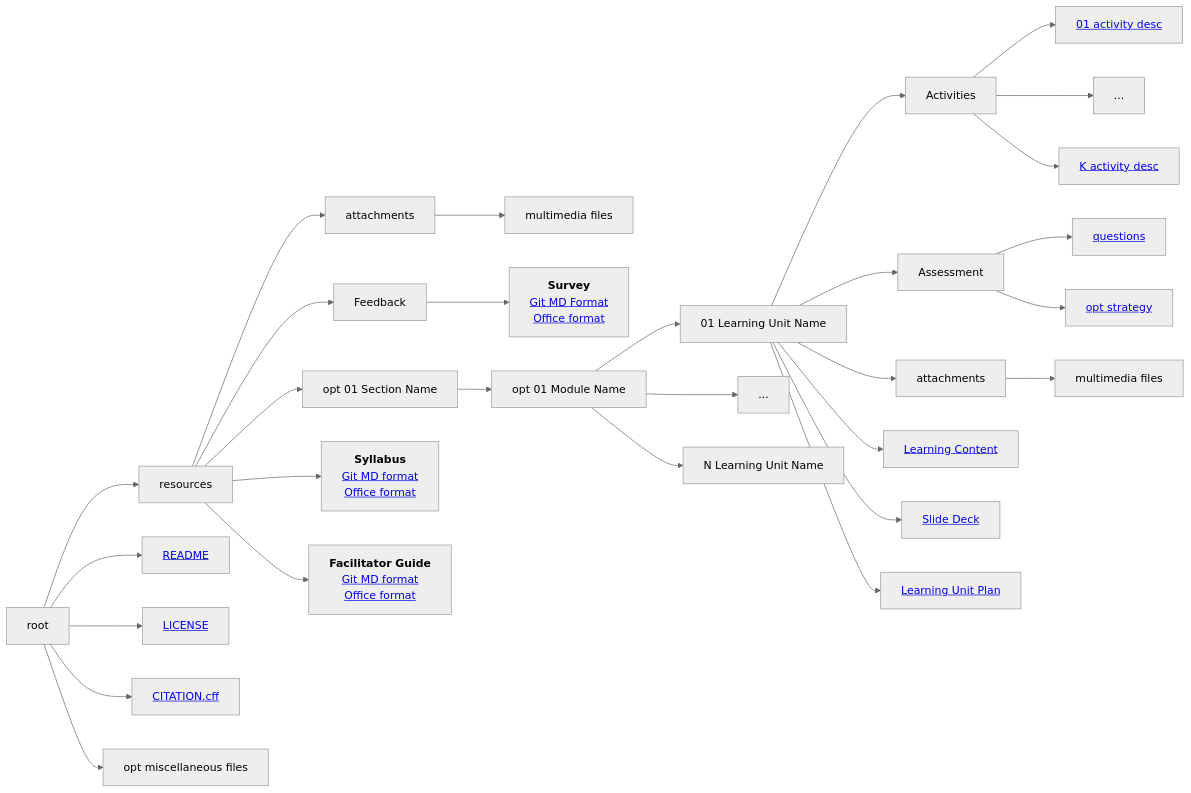
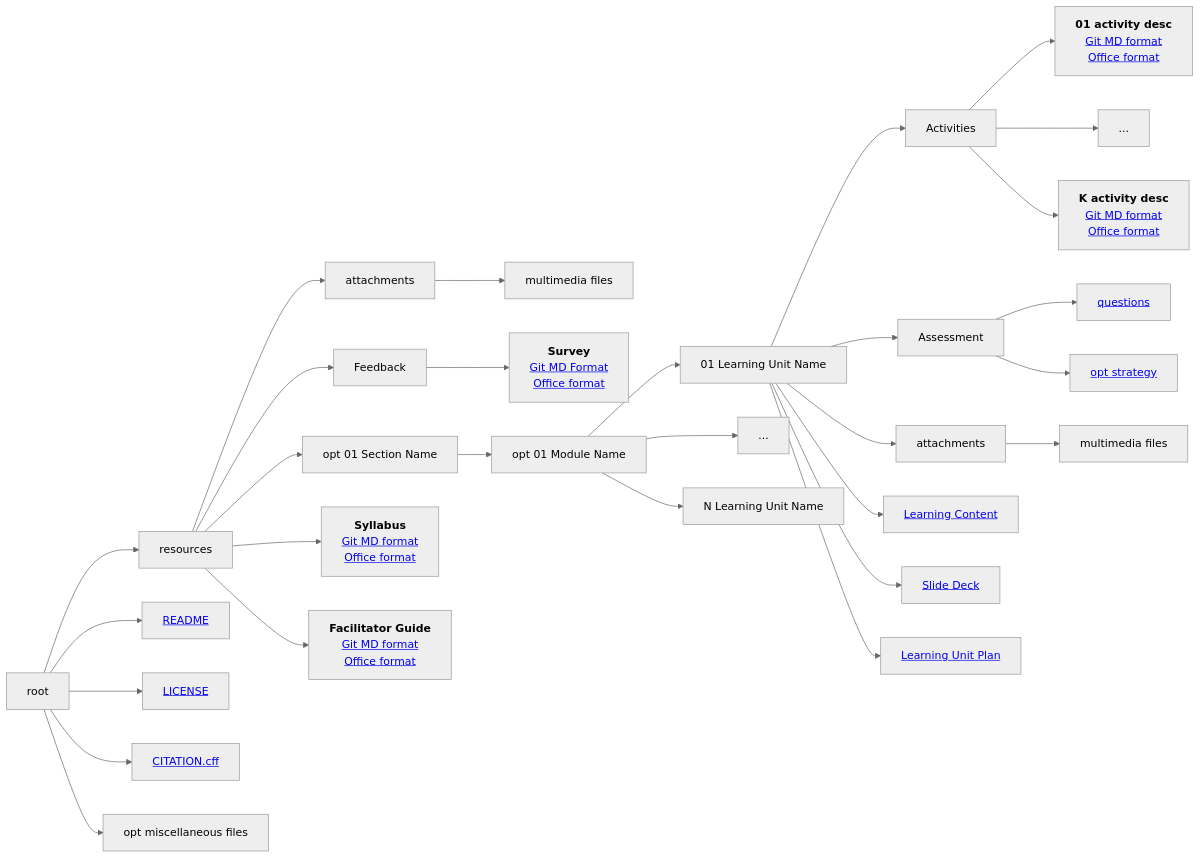
One commit to FAIR-by-Design-Methodology/microlearning changed the diagram in resources/03 Design/design.md. Above: the diagram before and after it, drawn with Mermaid (neutral theme).

````diff
--- a/resources/03 Design/design.md
+++ b/resources/03 Design/design.md
@@ -55,37 +55,37 @@
 ``` mermaid
 graph LR
   r[root] --> res;
   r --> rm[<a href='https://www.makeareadme.com/'>README</a>];
   r --> l[<a href='https://creativecommons.org/licenses/by/4.0/legalcode.txt'>LICENSE</a>];
   r --> c[<a href='https://citation-file-format.github.io/'>CITATION.cff</a>];
   r --> misc[opt miscellaneous files];
 
   res[resources] --> att[attachments];
   att --> mf[multimedia files];
   res --> f[Feedback];
   f --> fq[<b>Survey</b><br><a href='https://github.com/FAIR-by-Design-Methodology/templates/blob/main/resources/Feedback/training_feedback_template.md'>Git MD Format</a><br><a href='https://github.com/FAIR-by-Design-Methodology/microlearning/blob/main/resources/attachments/Root/feedback/Training%20Evaluation%20Form.docx'>Office format</a>];
   res --> s1[opt 01 Section Name];
   res --> s[<b>Syllabus</b><br><a href='https://github.com/FAIR-by-Design-Methodology/templates/blob/main/resources/syllabus.md'>Git MD format</a><br><a href='https://github.com/FAIR-by-Design-Methodology/microlearning/blob/main/resources/attachments/Root/syllabus.docx'>Office format</a>];
   res --> fg[<b>Facilitator Guide</b> <br> <a href='https://github.com/FAIR-by-Design-Methodology/templates/blob/main/resources/template_facilitator_guide.md'>Git MD format</a><br><a href='https://github.com/FAIR-by-Design-Methodology/microlearning/blob/main/resources/attachments/Root/Training%20Facilitator%20Guide.docx'>Office format</a>];
 
   s1 --> m1[opt 01 Module Name];
   m1 --> lu1[01 Learning Unit Name];
   m1 --> lux[...];
   m1 --> luN[N Learning Unit Name];
 
   lu1 --> act[Activities];
   lu1 --> ass[Assessment];
   lu1 --> at[attachments];
   at --> mff[multimedia files];
   lu1 --> lc[<a href='https://github.com/FAIR-by-Design-Methodology/templates/blob/main/resources/Learning%20Unit/template_content.md'>Learning Content</a>];
   lu1 --> sd[<a href='https://github.com/FAIR-by-Design-Methodology/templates/blob/main/resources/Learning%20Unit/Learning_unit_content.pptx'>Slide Deck</a>];
   lu1 --> lp[<a href='https://github.com/FAIR-by-Design-Methodology/templates/blob/main/resources/Learning%20Unit/template_unit_lesson_plan.md'>Learning Unit Plan</a>];
 
-  act --> a1[<a href='https://github.com/FAIR-by-Design-Methodology/templates/blob/main/resources/Learning%20Unit/Activities/activity_details_template.md'>01 activity desc</a>];
+  act --> a1[<b>01 activity desc</b><br><a href='https://github.com/FAIR-by-Design-Methodology/templates/blob/main/resources/Learning%20Unit/Activities/activity_details_template.md'>Git MD format</a><br><a href='https://github.com/FAIR-by-Design-Methodology/templates/blob/main/resources/Learning%20Unit/Activities/activity_details_template.md'>Office format</a>];
   act --> ax[...];
-  act --> aK[<a href='https://github.com/FAIR-by-Design-Methodology/templates/blob/main/resources/Learning%20Unit/Activities/activity_details_template.md'>K activity desc</a>];
+  act --> aK[<b>K activity desc</b><br><a href='https://github.com/FAIR-by-Design-Methodology/templates/blob/main/resources/Learning%20Unit/Activities/activity_details_template.md'>Git MD format</a><br><a href='https://github.com/FAIR-by-Design-Methodology/templates/blob/main/resources/Learning%20Unit/Activities/activity_details_template.md'>Office format</a>];
 
   ass --> qb[<a href='https://github.com/FAIR-by-Design-Methodology/templates/blob/main/resources/Learning%20Unit/Assessment/assessment_template.md'>questions</a>];
   ass --> st[<a href='https://github.com/FAIR-by-Design-Methodology/templates/blob/main/resources/Learning%20Unit/Assessment/assessment_template.md'>opt strategy</a>];
 
 ```
````
